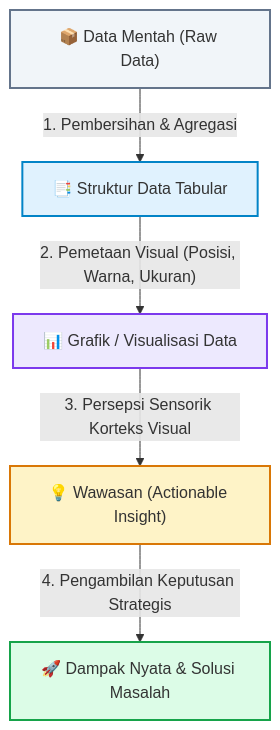
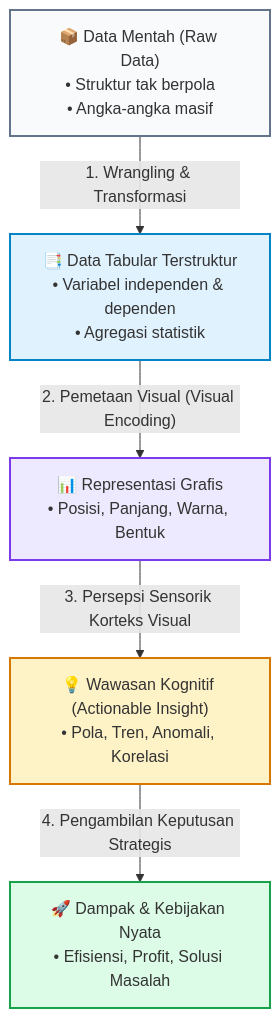
The first of 3 diagrams in docs/visualisasi-data/01-pengantar-visualisasi-data.md (mahendaruui/Perkuliahan), drawn with Mermaid before and after one commit. The commit also changed other lines of this file and 15 other files, not shown here.

Commit message:
docs: update educational modules with enhanced visualizations, interactive Streamlit components, and improved caching architecture

````diff
--- a/docs/visualisasi-data/01-pengantar-visualisasi-data.md
+++ b/docs/visualisasi-data/01-pengantar-visualisasi-data.md
@@ -21,13 +22,13 @@
 ```mermaid
 flowchart TD
-    A["📦 Data Mentah (Raw Data)"] -->|"1. Pembersihan & Agregasi"| B["📑 Struktur Data Tabular"]
-    B -->|"2. Pemetaan Visual (Posisi, Warna, Ukuran)"| C["📊 Grafik / Visualisasi Data"]
-    C -->|"3. Persepsi Sensorik Korteks Visual"| D["💡 Wawasan (Actionable Insight)"]
-    D -->|"4. Pengambilan Keputusan Strategis"| E["🚀 Dampak Nyata & Solusi Masalah"]
+    A["📦 Data Mentah (Raw Data)<br>• Struktur tak berpola<br>• Angka-angka masif"] -->|"1. Wrangling & Transformasi"| B["📑 Data Tabular Terstruktur<br>• Variabel independen & dependen<br>• Agregasi statistik"]
+    B -->|"2. Pemetaan Visual (Visual Encoding)"| C["📊 Representasi Grafis<br>• Posisi, Panjang, Warna, Bentuk"]
+    C -->|"3. Persepsi Sensorik Korteks Visual"| D["💡 Wawasan Kognitif (Actionable Insight)<br>• Pola, Tren, Anomali, Korelasi"]
+    D -->|"4. Pengambilan Keputusan Strategis"| E["🚀 Dampak & Kebijakan Nyata<br>• Efisiensi, Profit, Solusi Masalah"]
 
-    style A fill:#f1f5f9,stroke:#64748b,stroke-width:2px
+    style A fill:#f8fafc,stroke:#64748b,stroke-width:2px
     style B fill:#e0f2fe,stroke:#0284c7,stroke-width:2px
     style C fill:#ede9fe,stroke:#7c3aed,stroke-width:2px
     style D fill:#fef3c7,stroke:#d97706,stroke-width:2px
     style E fill:#dcfce7,stroke:#16a34a,stroke-width:2px
 ```
````
